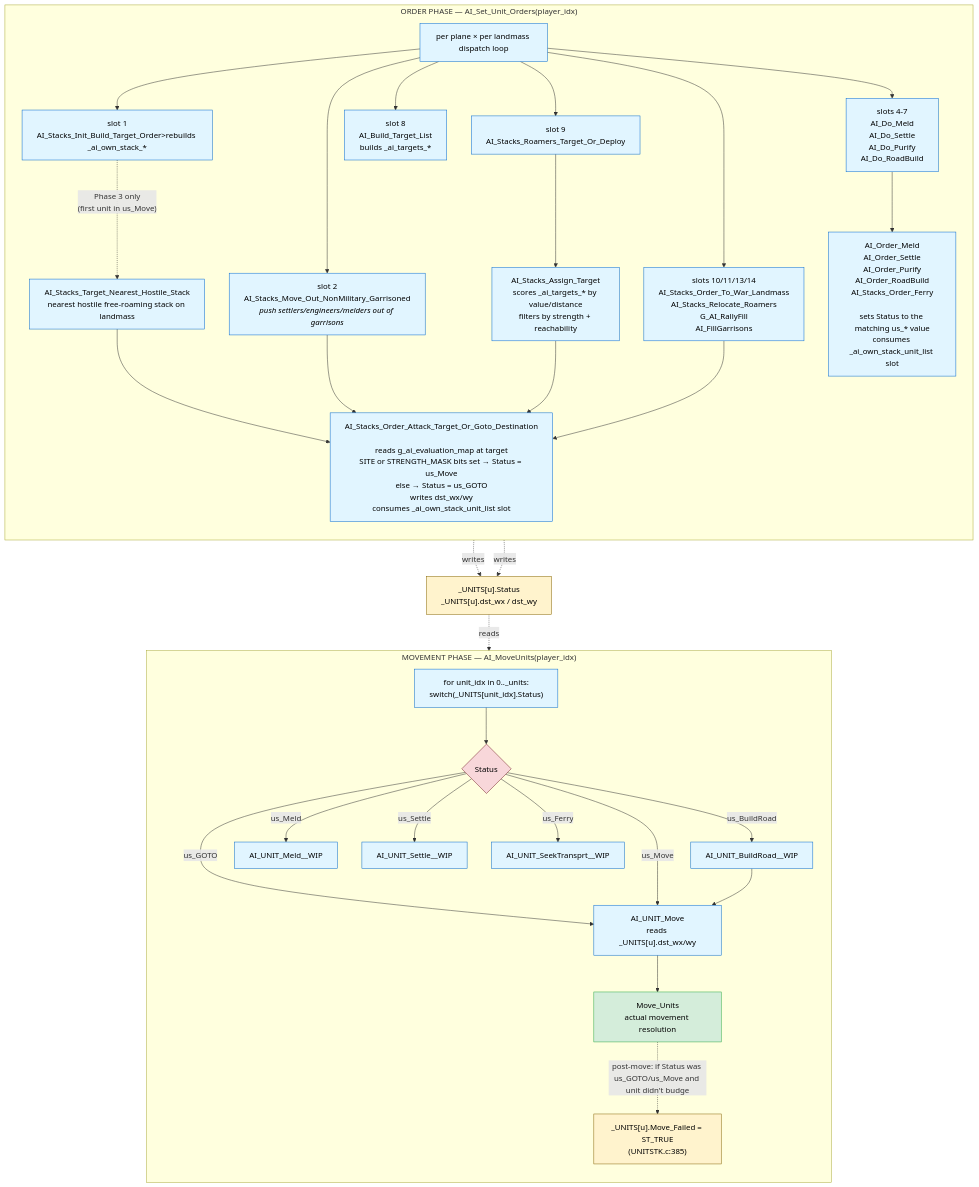
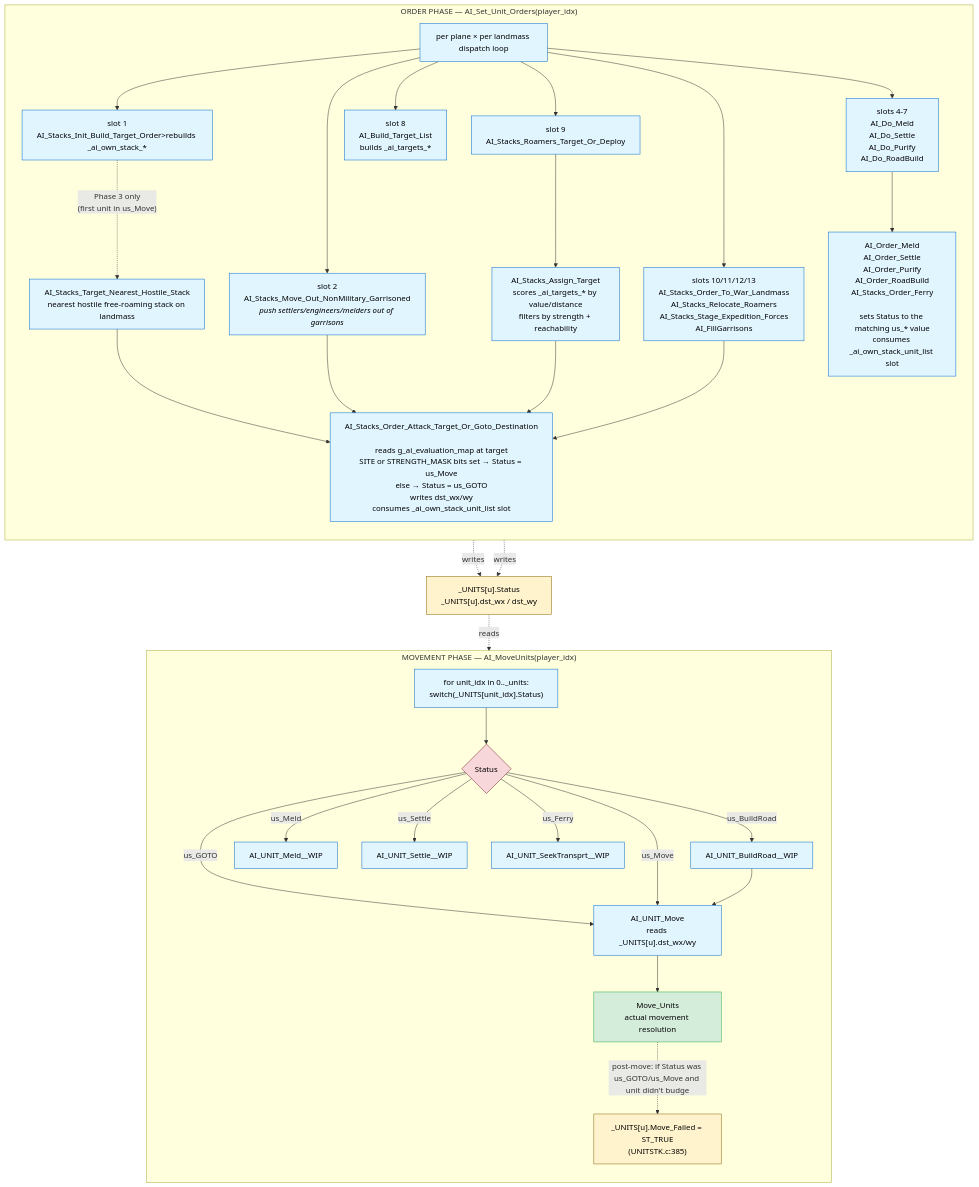
The second of 3 diagrams in doc/ComputerPlayer/AI-Turn-Diagrams.md (jbalcomb/ReMoM), drawn with Mermaid before and after one commit. The commit also changed 21 other files, not shown here.

Commit message:
done-done AI_Stacks_Stage_Expedition_Forces()

````diff
--- a/doc/ComputerPlayer/AI-Turn-Diagrams.md
+++ b/doc/ComputerPlayer/AI-Turn-Diagrams.md
@@ -39,56 +39,56 @@
 ```mermaid
 flowchart TD
     classDef phase fill:#f5f5f5,stroke:#666,stroke-width:2px,color:#000
     classDef func fill:#e1f5ff,stroke:#0066cc,color:#000
     classDef state fill:#fff3cd,stroke:#856404,color:#000
     classDef terminal fill:#d4edda,stroke:#28a745,color:#000
     classDef gate fill:#f8d7da,stroke:#721c24,color:#000
 
     subgraph PhaseOrders["ORDER PHASE — AI_Set_Unit_Orders(player_idx)"]
         direction TB
         Dispatch["per plane × per landmass dispatch loop"]:::func
 
         Dispatch --> Slot1["slot 1<br/>AI_Stacks_Init_Build_Target_Order>rebuilds _ai_own_stack_*</i>"]:::func
         Dispatch --> Slot2["slot 2<br/>AI_Stacks_Move_Out_NonMilitary_Garrisoned<br/><i>push settlers/engineers/melders out of garrisons</i>"]:::func
         Dispatch --> Slots4_7["slots 4-7<br/>AI_Do_Meld<br/>AI_Do_Settle<br/>AI_Do_Purify<br/>AI_Do_RoadBuild"]:::func
         Dispatch --> Slot8["slot 8<br/>AI_Build_Target_List<br/>builds _ai_targets_*"]:::func
         Dispatch --> Slot9["slot 9<br/>AI_Stacks_Roamers_Target_Or_Deploy"]:::func
-        Dispatch --> SlotsRally["slots 10/11/13/14<br/>AI_Stacks_Order_To_War_Landmass<br/>AI_Stacks_Relocate_Roamers<br/>G_AI_RallyFill<br/>AI_FillGarrisons"]:::func
+        Dispatch --> SlotsRally["slots 10/11/12/13<br/>AI_Stacks_Order_To_War_Landmass<br/>AI_Stacks_Relocate_Roamers<br/>AI_Stacks_Stage_Expedition_Forces<br/>AI_FillGarrisons"]:::func
 
         Slot1 -. "Phase 3 only<br/>(first unit in us_Move)" .-> FindNearest["AI_Stacks_Target_Nearest_Hostile_Stack<br/>nearest hostile free-roaming stack on landmass"]:::func
         FindNearest --> SetTgt
 
         Slot2 --> SetTgt
         Slot9 --> AssignTgt["AI_Stacks_Assign_Target<br/>scores _ai_targets_* by value/distance<br/>filters by strength + reachability"]:::func
         AssignTgt --> SetTgt
         SlotsRally --> SetTgt
 
         SetTgt["AI_Stacks_Order_Attack_Target_Or_Goto_Destination<br/><br/>reads g_ai_evaluation_map at target<br/>SITE or STRENGTH_MASK bits set → Status = us_Move<br/>else → Status = us_GOTO<br/>writes dst_wx/wy<br/>consumes _ai_own_stack_unit_list slot"]:::func
 
         Slots4_7 --> OrderXxx["AI_Order_Meld<br/>AI_Order_Settle<br/>AI_Order_Purify<br/>AI_Order_RoadBuild<br/>AI_Stacks_Order_Ferry<br/><br/>sets Status to the matching us_* value<br/>consumes _ai_own_stack_unit_list slot"]:::func
     end
 
     SetTgt -. "writes" .-> UnitFields
     OrderXxx -. "writes" .-> UnitFields
 
     UnitFields["_UNITS[u].Status<br/>_UNITS[u].dst_wx / dst_wy"]:::state
 
     subgraph PhaseMove["MOVEMENT PHASE — AI_MoveUnits(player_idx)"]
         direction TB
         MoveLoop["for unit_idx in 0.._units:<br/>switch(_UNITS[unit_idx].Status)"]:::func
         MoveLoop --> StatusGate{Status}:::gate
         StatusGate -- "us_GOTO" --> UnitMove
         StatusGate -- "us_Move" --> UnitMove
         StatusGate -- "us_BuildRoad" --> BuildRoad["AI_UNIT_BuildRoad__WIP"]:::func
         BuildRoad --> UnitMove
         StatusGate -- "us_Meld" --> UnitMeld["AI_UNIT_Meld__WIP"]:::func
         StatusGate -- "us_Settle" --> UnitSettle["AI_UNIT_Settle__WIP"]:::func
         StatusGate -- "us_Ferry" --> UnitSeek["AI_UNIT_SeekTransprt__WIP"]:::func
 
         UnitMove["AI_UNIT_Move<br/>reads _UNITS[u].dst_wx/wy"]:::func --> MoveUnits["Move_Units<br/>actual movement resolution"]:::terminal
 
         MoveUnits -. "post-move: if Status was us_GOTO/us_Move and unit didn't budge" .-> MoveFailed["_UNITS[u].Move_Failed = ST_TRUE<br/>(UNITSTK.c:385)"]:::state
     end
 
     UnitFields -. "reads" .-> MoveLoop
 ```
````
